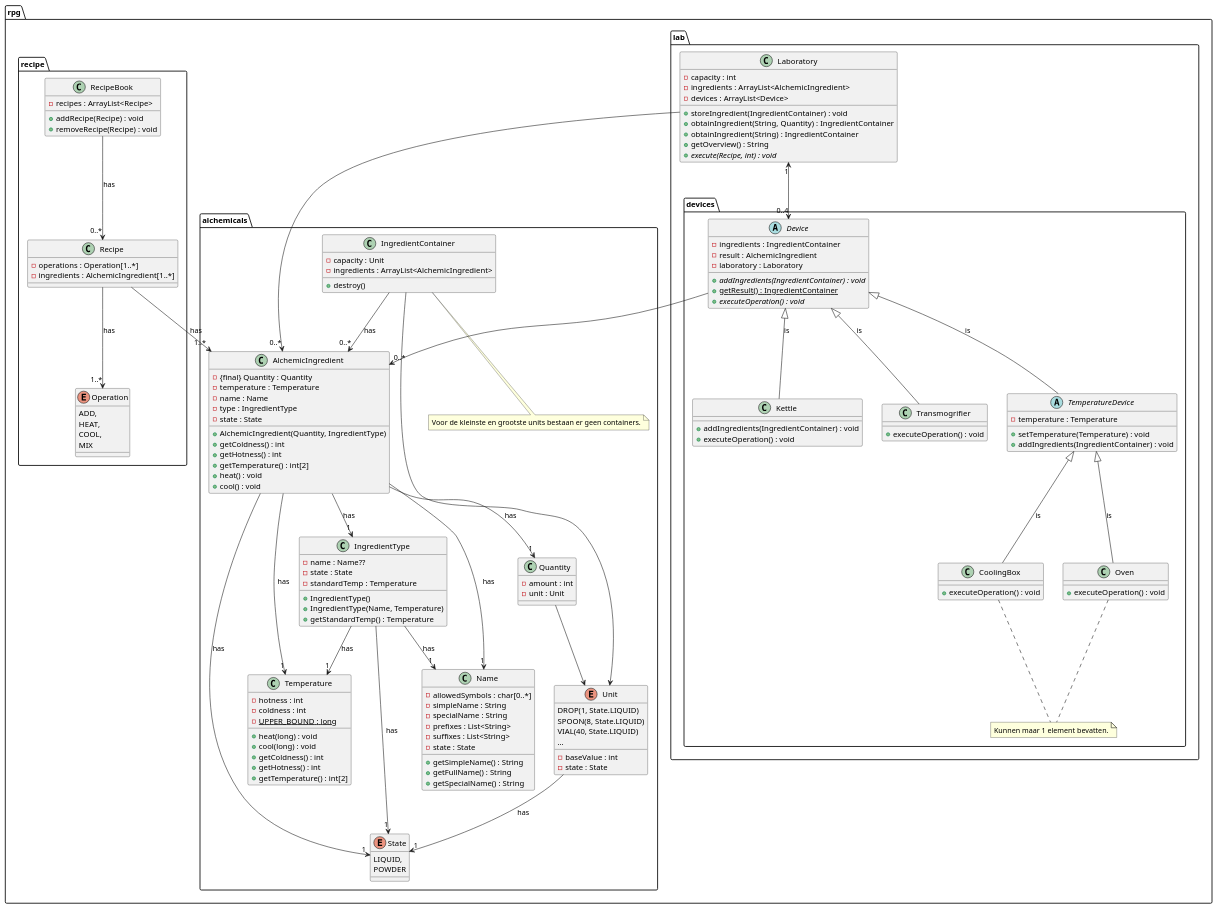
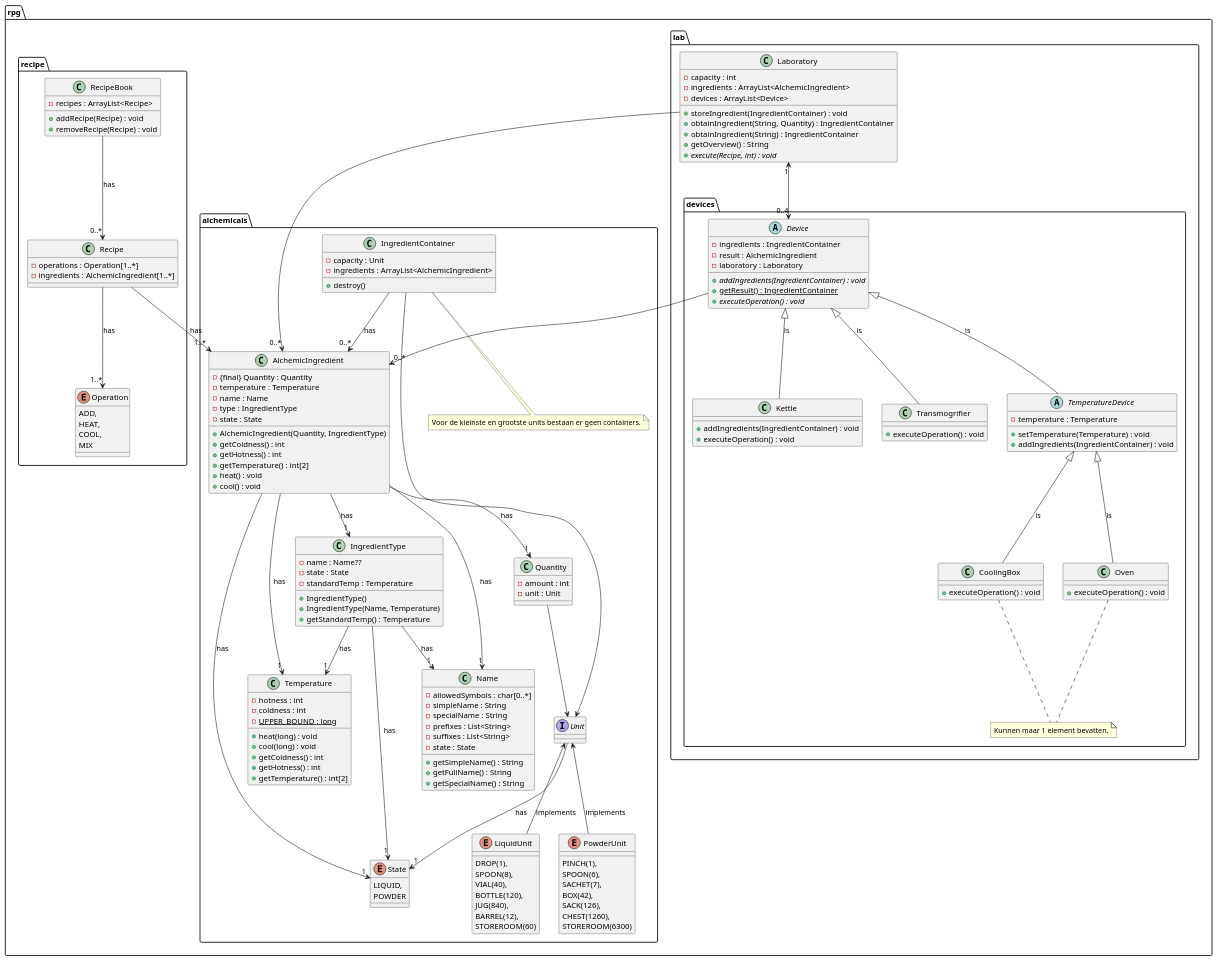
The diagram in class-diagram/vincent.puml (vanschependom/KULAK_ogp-examenproject), drawn with PlantUML before and after one commit.

Commit message:
UML klopt nog niet...

```diff
--- a/class-diagram/vincent.puml
+++ b/class-diagram/vincent.puml
@@ -51,15 +51,31 @@
     - unit : Unit
     }
 
-    enum Unit {
-    DROP(1, State.LIQUID)
-    SPOON(8, State.LIQUID)
-    VIAL(40, State.LIQUID)
-    ...
-    __
-    - baseValue : int
-    - state : State
+    interface Unit {
     }
+
+    enum LiquidUnit {
+    DROP(1),
+    SPOON(8),
+    VIAL(40),
+    BOTTLE(120),
+    JUG(840),
+    BARREL(12),
+    STOREROOM(60)
+    }
+
+    enum PowderUnit {
+    PINCH(1),
+    SPOON(6),
+    SACHET(7),
+    BOX(42),
+    SACK(126),
+    CHEST(1260),
+    STOREROOM(6300)
+    }
+
+    Unit <-- LiquidUnit : implements
+    Unit <-- PowderUnit : implements
 
     class Temperature {
     - hotness : int
```
